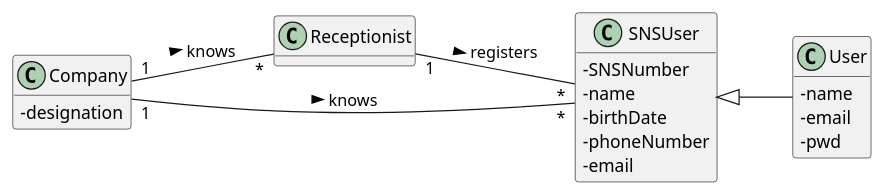
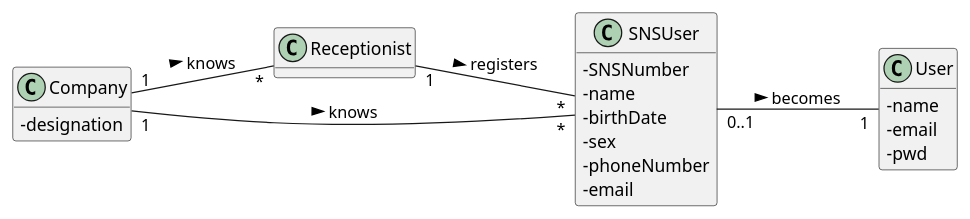
Before and after one commit to miseEnPlace-i/lapr2: the diagram in docs/SprintB/US03/DM/US03_DM.puml, drawn with PlantUML. The commit also changed 3 other files, not shown here.

```diff
--- a/docs/SprintB/US03/DM/US03_DM.puml
+++ b/docs/SprintB/US03/DM/US03_DM.puml
@@ -1,32 +1,33 @@
 @startuml Domain Model
 hide methods
 left to right direction
 skinparam classAttributeIconSize 0
 
 class Receptionist {
 }
 
 class SNSUser {
   - SNSNumber
   - name
   - birthDate
+  - sex
   - phoneNumber
   - email
 }
 
 class Company {
   - designation
 }
 
 class User {
   - name
   - email
   - pwd
 }
 
 Receptionist "1" -- "*" SNSUser : registers >
 Company "1" -- "*" Receptionist : knows >
 Company "1" -- "*" SNSUser : knows >
-SNSUser <|-- User
+SNSUser "0..1" -- "1" User : becomes >
 
 @enduml
```
